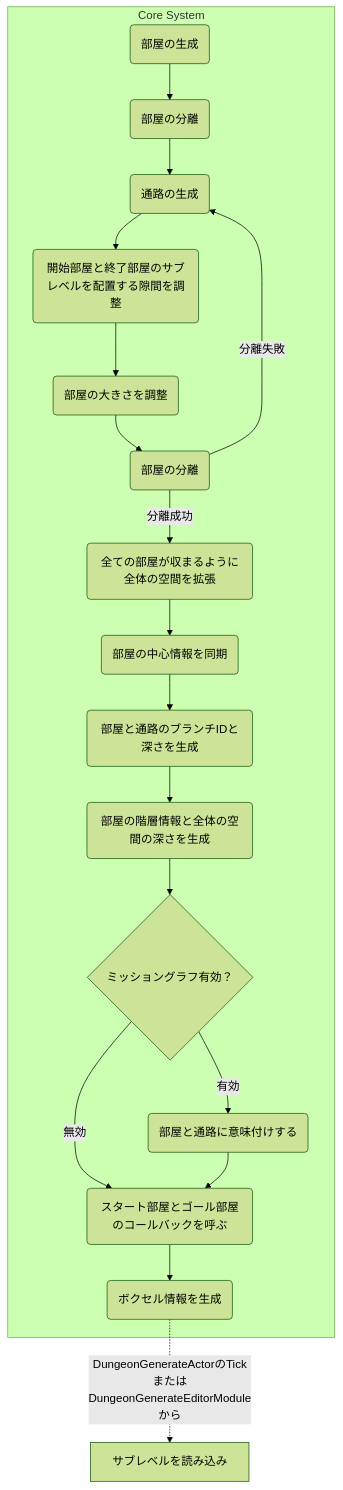
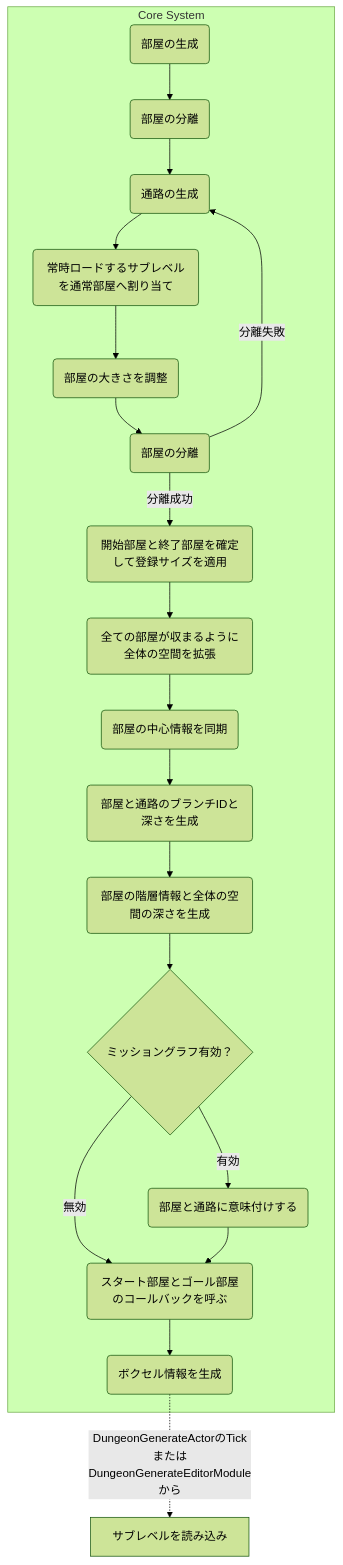
Before and after one commit to shun126/DungeonGenerator: the diagram in Source/DungeonGenerator/Private/Core/README.md, drawn with Mermaid (forest theme). The commit also changed 332 other files, not shown here.

````diff
--- a/Source/DungeonGenerator/Private/Core/README.md
+++ b/Source/DungeonGenerator/Private/Core/README.md
@@ -43,38 +43,40 @@
 ```mermaid
 graph TD
 
 subgraph Core System
 GenerateRooms(部屋の生成)
 InitializeRooms(部屋の分離)
 ExtractionAisles(通路の生成)
-AdjustedStartAndGoalSubLevel(開始部屋と終了部屋のサブレベルを配置する隙間を調整)
+AdjustReservedSubLevels(常時ロードするサブレベルを通常部屋へ割り当て)
 AdjustRoomSize(部屋の大きさを調整)
 SeparateRooms(部屋の分離)
+FinalizeEndpointLayout(開始部屋と終了部屋を確定して登録サイズを適用)
 ExpandSpace(全ての部屋が収まるように全体の空間を拡張)
 AdjustPoints(部屋の中心情報を同期)
 MarkBranchIdAndDepthFromStart(部屋と通路のブランチIDと深さを生成)
 DetectFloorHeightAndDepthFromStart(部屋の階層情報と全体の空間の深さを生成)
 UseMissionGraph{ミッショングラフ有効？}
 GenerateMissionGraph(部屋と通路に意味付けする)
 InvokeRoomCallbacks(スタート部屋とゴール部屋のコールバックを呼ぶ)
 GenerateVoxel(ボクセル情報を生成)
 end
 
 
 GenerateRooms --> InitializeRooms
 InitializeRooms --> ExtractionAisles
-ExtractionAisles --> AdjustedStartAndGoalSubLevel
-AdjustedStartAndGoalSubLevel --> AdjustRoomSize
+ExtractionAisles --> AdjustReservedSubLevels
+AdjustReservedSubLevels --> AdjustRoomSize
 AdjustRoomSize --> SeparateRooms
 SeparateRooms -->|分離失敗| ExtractionAisles
-SeparateRooms -->|分離成功| ExpandSpace
+SeparateRooms -->|分離成功| FinalizeEndpointLayout
+FinalizeEndpointLayout --> ExpandSpace
 ExpandSpace --> AdjustPoints
 AdjustPoints --> MarkBranchIdAndDepthFromStart
 MarkBranchIdAndDepthFromStart --> DetectFloorHeightAndDepthFromStart
 DetectFloorHeightAndDepthFromStart --> UseMissionGraph
 UseMissionGraph -->|有効| GenerateMissionGraph
 UseMissionGraph -->|無効| InvokeRoomCallbacks
 GenerateMissionGraph --> InvokeRoomCallbacks
 InvokeRoomCallbacks --> GenerateVoxel
 GenerateVoxel -.->|DungeonGenerateActorのTickまたはDungeonGenerateEditorModuleから| サブレベルを読み込み
 ```
````
